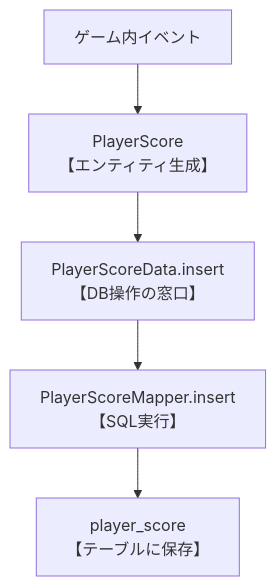
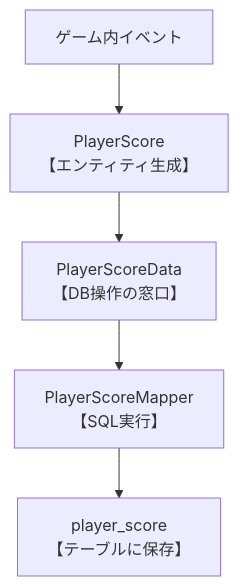
One commit to SeiyaYanamoto/EnemyDown changed the second of 2 diagrams in README.md. Above: the diagram before and after it, drawn with Mermaid.

Commit message:
『データベース処理の流れ』の内容一部更新
insertを削除

````diff
--- a/README.md
+++ b/README.md
@@ -73,7 +73,7 @@
 ```mermaid
 flowchart TD
     A[ゲーム内イベント] --> B[PlayerScore<br>【エンティティ生成】]
-    B --> C[PlayerScoreData.insert<br>【DB操作の窓口】]
-    C --> D[PlayerScoreMapper.insert<br>【SQL実行】]
+    B --> C[PlayerScoreData<br>【DB操作の窓口】]
+    C --> D[PlayerScoreMapper<br>【SQL実行】]
     D --> E[player_score<br>【テーブルに保存】]
 ```
````
